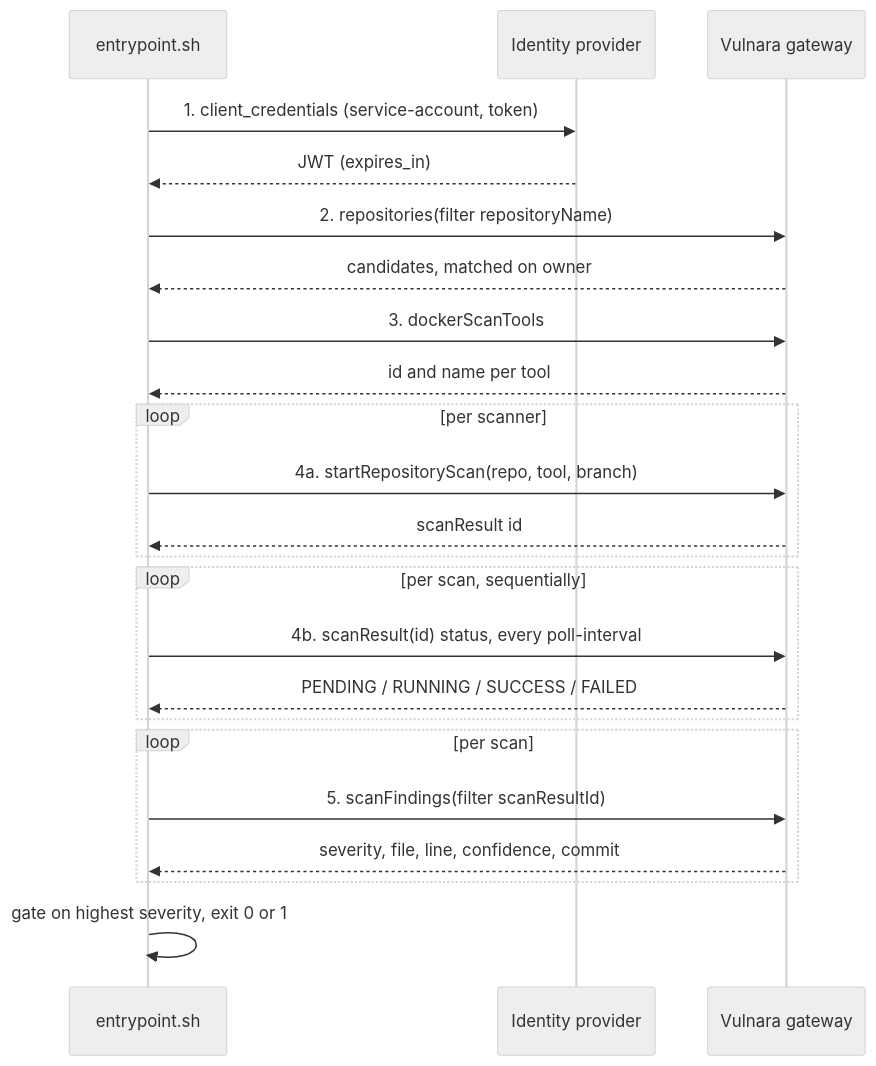
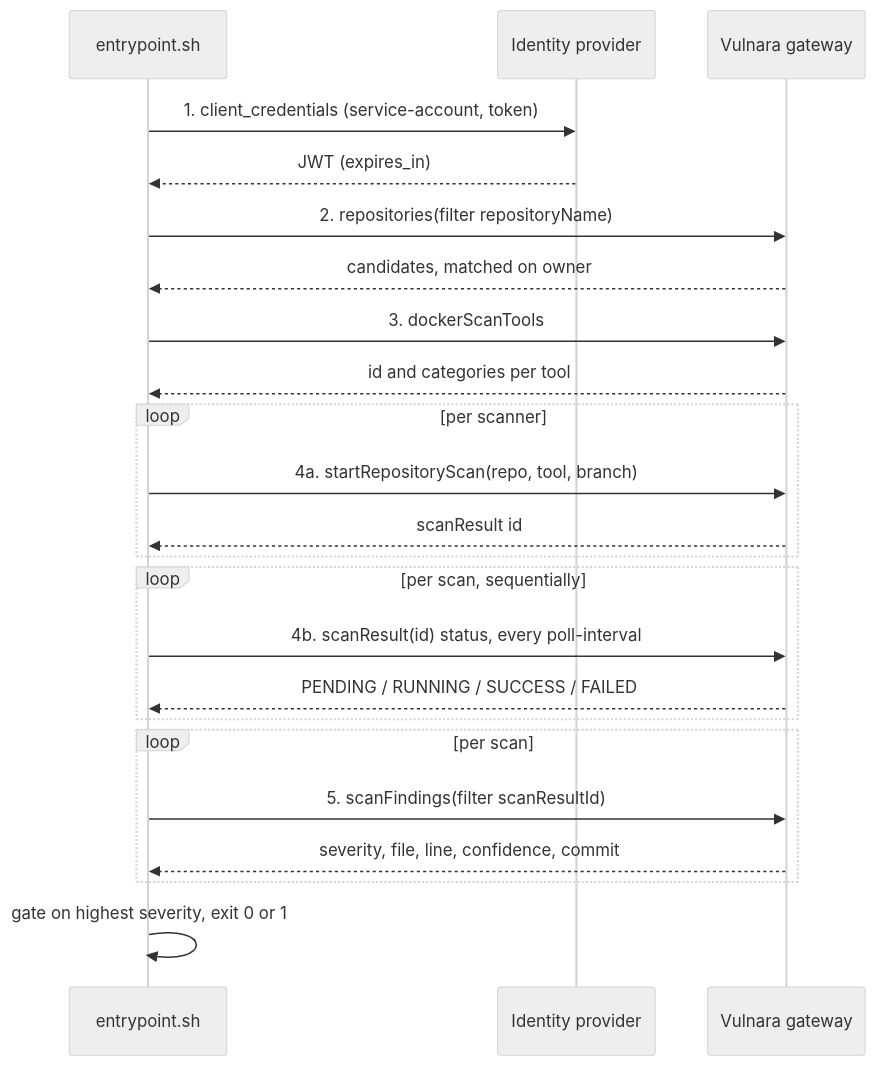
Before and after one commit to theorigamicorporation/vulnara-action: the second of 2 diagrams in docs/architecture.md, drawn with Mermaid (neutral theme). The commit also changed other lines of this file and 34 other files, not shown here.

````diff
--- a/docs/architecture.md
+++ b/docs/architecture.md
@@ -62,26 +62,26 @@
 ```mermaid
 sequenceDiagram
     participant A as entrypoint.sh
     participant I as Identity provider
     participant G as Vulnara gateway
 
     A->>I: 1. client_credentials (service-account, token)
     I-->>A: JWT (expires_in)
     A->>G: 2. repositories(filter repositoryName)
     G-->>A: candidates, matched on owner
     A->>G: 3. dockerScanTools
-    G-->>A: id and name per tool
+    G-->>A: id and categories per tool
     loop per scanner
         A->>G: 4a. startRepositoryScan(repo, tool, branch)
         G-->>A: scanResult id
     end
     loop per scan, sequentially
         A->>G: 4b. scanResult(id) status, every poll-interval
         G-->>A: PENDING / RUNNING / SUCCESS / FAILED
     end
     loop per scan
         A->>G: 5. scanFindings(filter scanResultId)
         G-->>A: severity, file, line, confidence, commit
     end
     A->>A: gate on highest severity, exit 0 or 1
 ```
````
